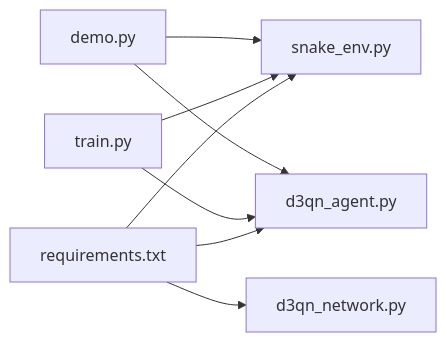
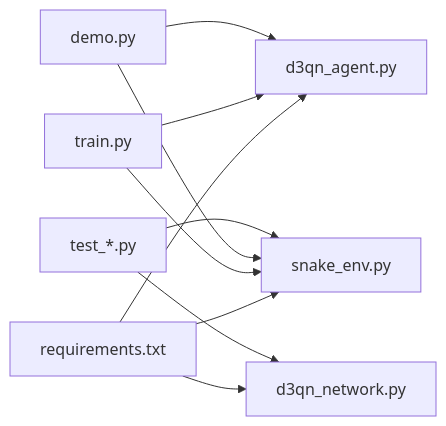
The fourth of 4 diagrams in .qoder/repowiki/zh/content/贪吃蛇游戏环境.md (fuweiq94-cloud/3399180760000), drawn with Mermaid before and after one commit. The commit also changed other lines of this file and 75 other files, not shown here.

````diff
--- a/.qoder/repowiki/zh/content/贪吃蛇游戏环境.md
+++ b/.qoder/repowiki/zh/content/贪吃蛇游戏环境.md
@@ -271,10 +284,12 @@
 ```mermaid
 graph LR
 R["requirements.txt"] --> E["snake_env.py"]
 R --> A["d3qn_agent.py"]
 R --> N["d3qn_network.py"]
 T["train.py"] --> E
 T --> A
 D["demo.py"] --> E
 D --> A
+TEST["test_*.py"] --> E
+TEST --> N
 ```
````
